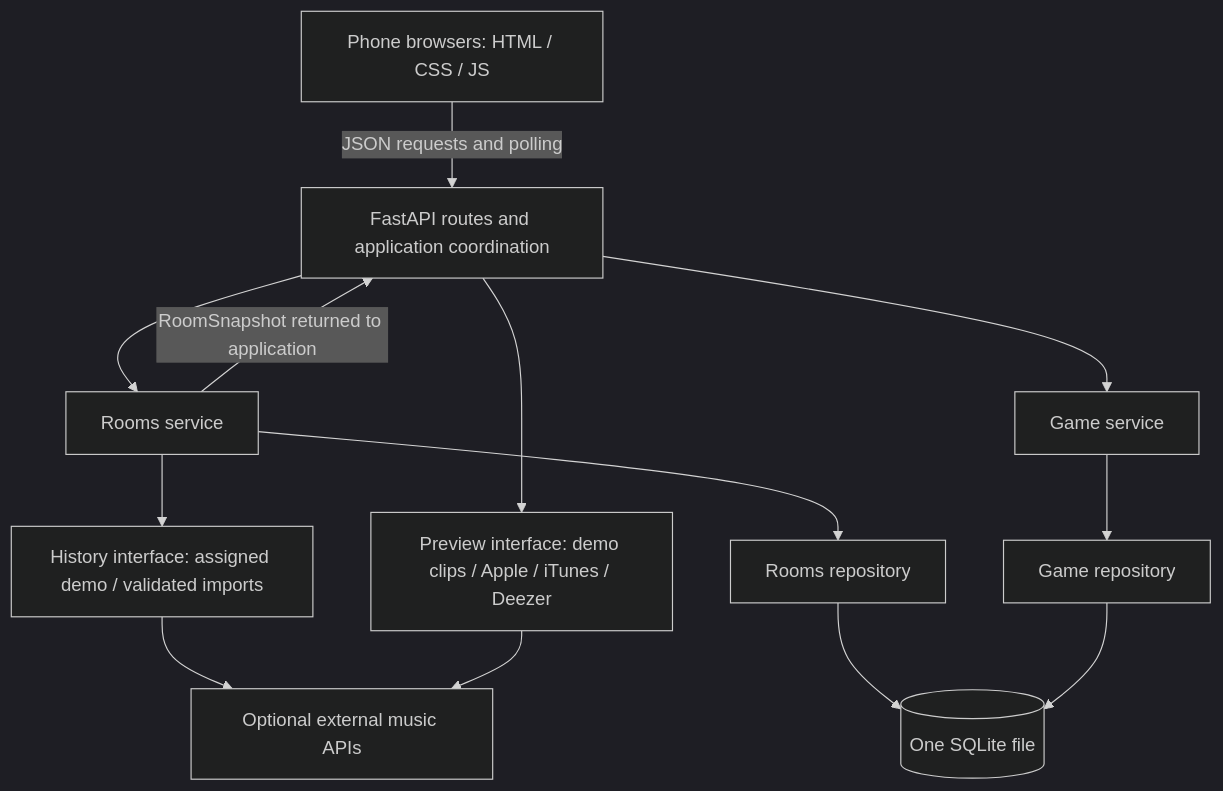
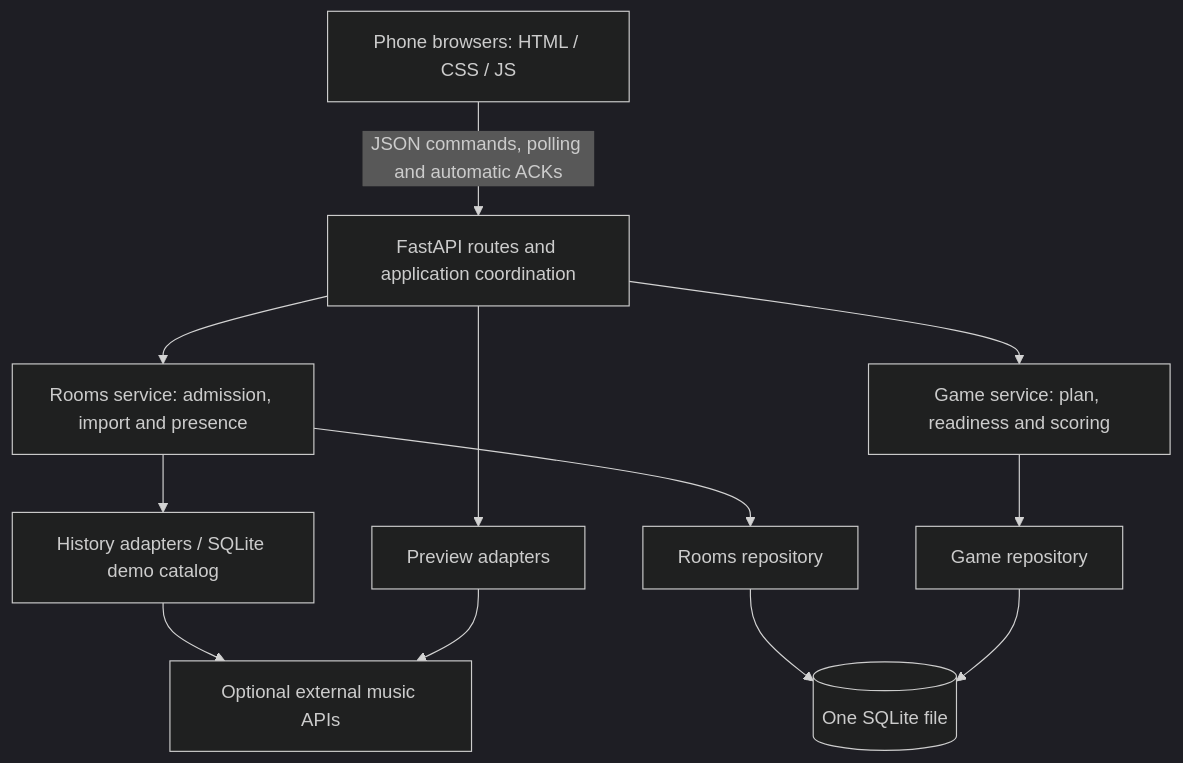
Before and after one commit to Inventure71/DevOpsAssignement: the diagram in docs/05_ARCHITECTURE.md, drawn with Mermaid (dark theme). The commit also changed other lines of this file and 79 other files, not shown here.

````diff
--- a/docs/05_ARCHITECTURE.md
+++ b/docs/05_ARCHITECTURE.md
@@ -42,15 +35,14 @@
 ```mermaid
 flowchart TD
-    Browser["Phone browsers: HTML / CSS / JS"] -->|"JSON requests and polling"| App["FastAPI routes and application coordination"]
-    App --> Rooms["Rooms service"]
-    App --> Game["Game service"]
-    Rooms -->|"RoomSnapshot returned to application"| App
-    Rooms --> History["History interface: assigned demo / validated imports"]
-    App --> Preview["Preview interface: demo clips / Apple / iTunes / Deezer"]
+    Browser["Phone browsers: HTML / CSS / JS"] -->|"JSON commands, polling and automatic ACKs"| App["FastAPI routes and application coordination"]
+    App --> Rooms["Rooms service: admission, import and presence"]
+    App --> Game["Game service: plan, readiness and scoring"]
+    Rooms --> History["History adapters / SQLite demo catalog"]
     History --> Providers["Optional external music APIs"]
-    Preview --> Providers
+    App --> Audio["Preview adapters"]
+    Audio --> Providers
     Rooms --> RoomsStore["Rooms repository"]
     Game --> GameStore["Game repository"]
     RoomsStore --> SQLite[("One SQLite file")]
     GameStore --> SQLite
 ```
````
